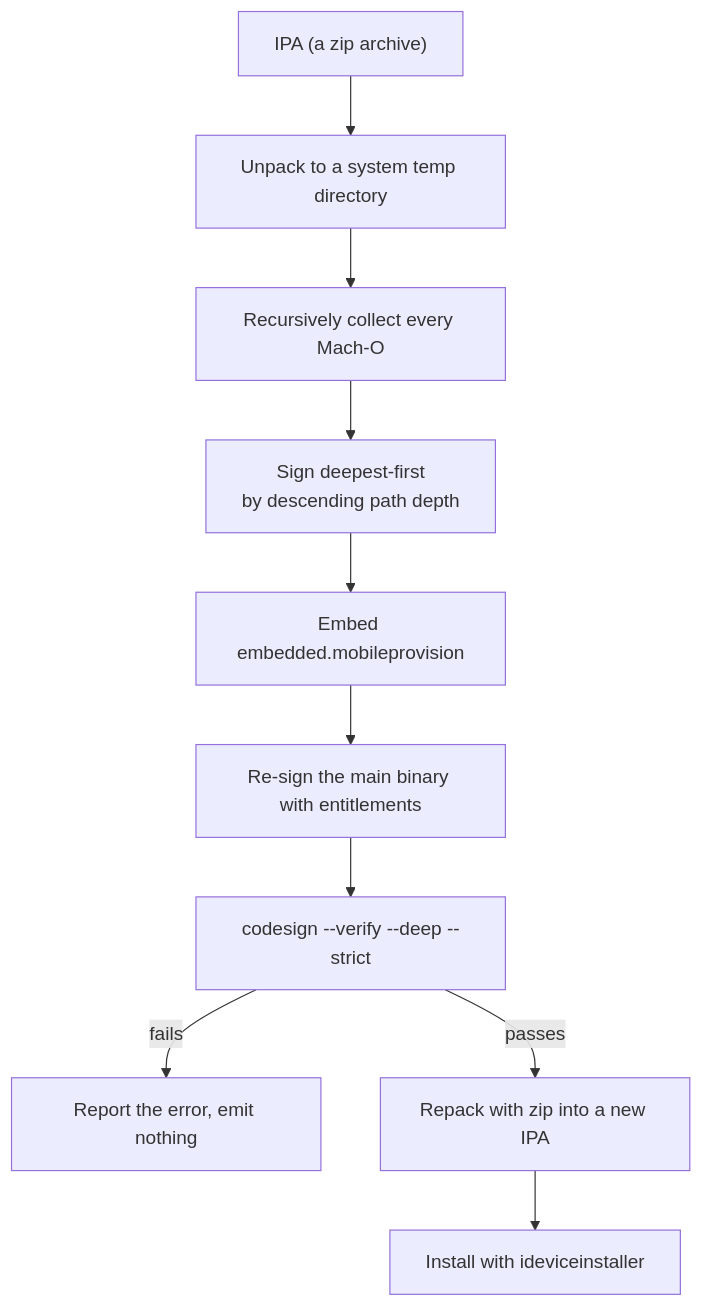
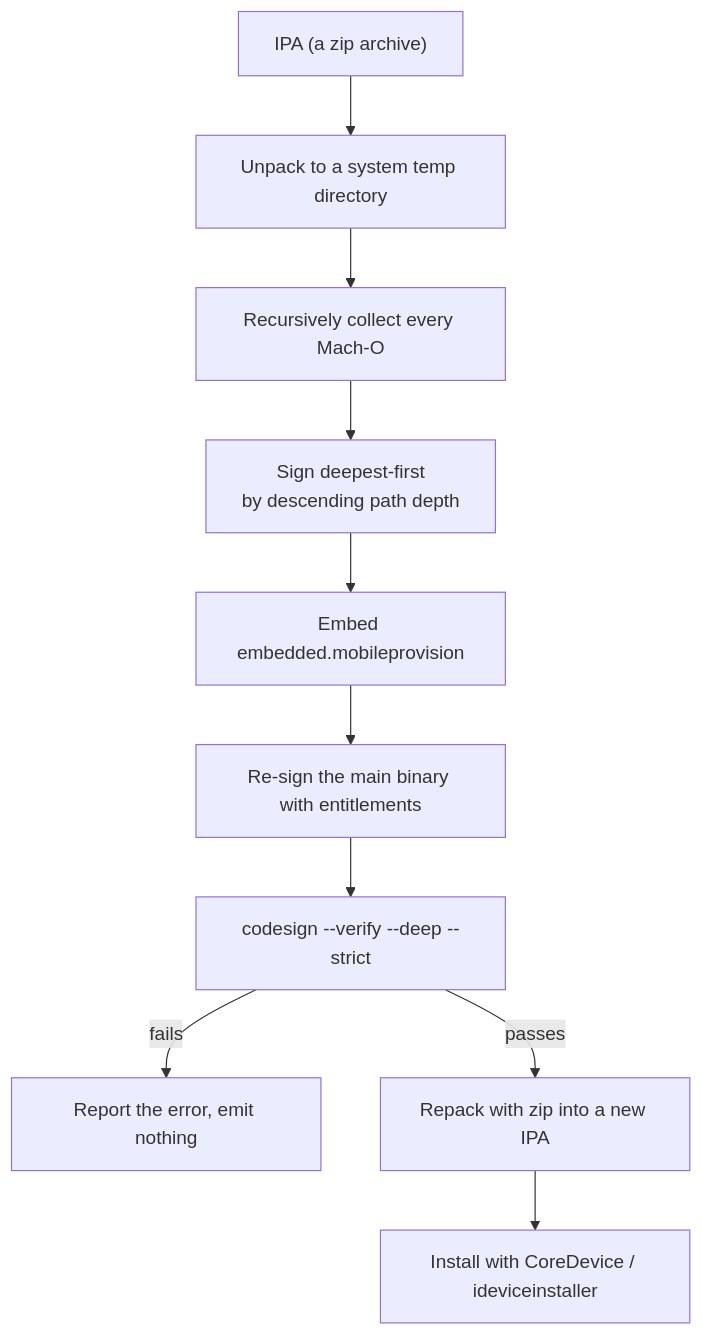
The diagram in README.en.md (Echoxiawan/IPASigner), drawn with Mermaid before and after one commit. The commit also changed other lines of this file and 7 other files, not shown here.

Commit message:
修复新机型设备识别并支持 CoreDevice 安装

````diff
--- a/README.en.md
+++ b/README.en.md
@@ -254,12 +254,12 @@
 ```mermaid
 flowchart TD
     A["IPA (a zip archive)"] --> B["Unpack to a system temp directory"]
     B --> C["Recursively collect every Mach-O"]
     C --> D["Sign deepest-first<br/>by descending path depth"]
     D --> E["Embed embedded.mobileprovision"]
     E --> F["Re-sign the main binary with entitlements"]
     F --> G["codesign --verify --deep --strict"]
     G -->|fails| H["Report the error, emit nothing"]
     G -->|passes| I["Repack with zip into a new IPA"]
-    I --> J["Install with ideviceinstaller"]
+    I --> J["Install with CoreDevice / ideviceinstaller"]
 ```
````
